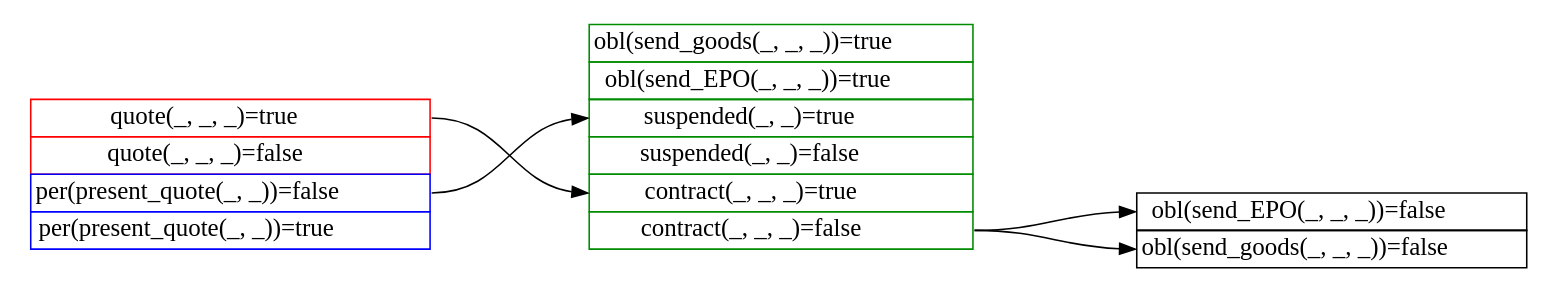
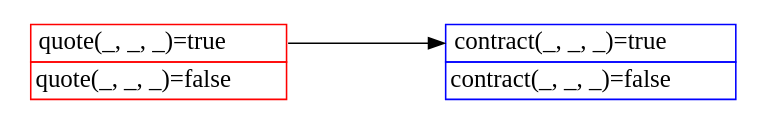
One commit to Periklismant/rtec_experiments changed the diagram in systems/rtecnaive/examples/netbillnop/resources/graphs/dependency_graph.dot. Above: the diagram before and after it, drawn with Graphviz. The commit also changed 12 other files, not shown here.

```diff
--- a/systems/rtecnaive/examples/netbillnop/resources/graphs/dependency_graph.dot
+++ b/systems/rtecnaive/examples/netbillnop/resources/graphs/dependency_graph.dot
@@ -1,36 +1,21 @@
 digraph
 {
 	node [shape=record, style=filled, fillcolor=white, fontsize=16.0];
 	rankdir=LR;
 	ranksep="1.2 equally"
 
 	1 [shape=none label=<<table border="0" cellspacing="0">
 		<tr><td port="quote(_, _, _)=true" border="1" color="red">quote(_, _, _)=true</td></tr>
 		<tr><td port="quote(_, _, _)=false" border="1" color="red">quote(_, _, _)=false</td></tr>
-		<tr><td port="per(present_quote(_, _))=false" border="1" color="blue">per(present_quote(_, _))=false</td></tr>
-		<tr><td port="per(present_quote(_, _))=true" border="1" color="blue">per(present_quote(_, _))=true</td></tr>
 	</table>>
 	]
 
 	2 [shape=none label=<<table border="0" cellspacing="0">
-		<tr><td port="obl(send_goods(_, _, _))=true" border="1" color="green4">obl(send_goods(_, _, _))=true</td></tr>
-		<tr><td port="obl(send_EPO(_, _, _))=true" border="1" color="green4">obl(send_EPO(_, _, _))=true</td></tr>
-		<tr><td port="suspended(_, _)=true" border="1" color="green4">suspended(_, _)=true</td></tr>
-		<tr><td port="suspended(_, _)=false" border="1" color="green4">suspended(_, _)=false</td></tr>
-		<tr><td port="contract(_, _, _)=true" border="1" color="green4">contract(_, _, _)=true</td></tr>
-		<tr><td port="contract(_, _, _)=false" border="1" color="green4">contract(_, _, _)=false</td></tr>
-	</table>>
-	]
-
-	3 [shape=none label=<<table border="0" cellspacing="0">
-		<tr><td port="obl(send_EPO(_, _, _))=false" border="1" color="black">obl(send_EPO(_, _, _))=false</td></tr>
-		<tr><td port="obl(send_goods(_, _, _))=false" border="1" color="black">obl(send_goods(_, _, _))=false</td></tr>
+		<tr><td port="contract(_, _, _)=true" border="1" color="blue">contract(_, _, _)=true</td></tr>
+		<tr><td port="contract(_, _, _)=false" border="1" color="blue">contract(_, _, _)=false</td></tr>
 	</table>>
 	]
 
 
 	1:"quote(_, _, _)=true" -> 2:"contract(_, _, _)=true"
-	2:"contract(_, _, _)=false" -> 3:"obl(send_EPO(_, _, _))=false"
-	2:"contract(_, _, _)=false" -> 3:"obl(send_goods(_, _, _))=false"
-	1:"per(present_quote(_, _))=false" -> 2:"suspended(_, _)=true"
 }
```
